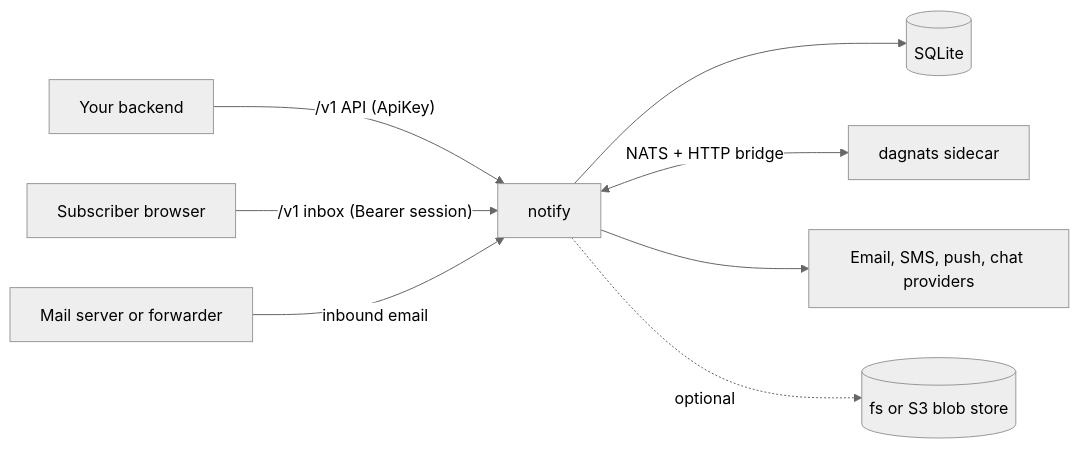
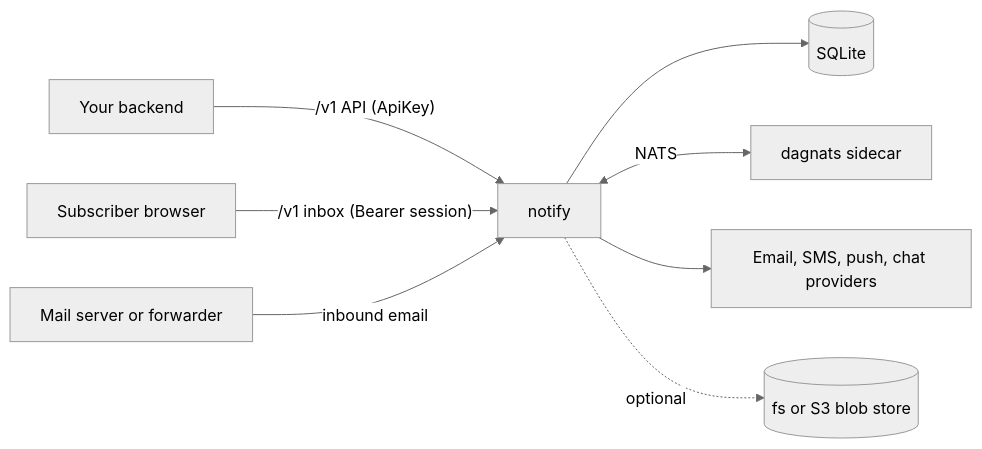
Before and after one commit to danmestas/notify: the diagram in docs/site/content/docs/_index.md, drawn with Mermaid (neutral theme). The commit also changed other lines of this file and 130 other files, not shown here.

````diff
--- a/docs/site/content/docs/_index.md
+++ b/docs/site/content/docs/_index.md
@@ -15,10 +15,10 @@
 ```mermaid
 graph LR
     Client[Your backend] -->|"/v1 API (ApiKey)"| Notify[notify]
     Browser[Subscriber browser] -->|"/v1 inbox (Bearer session)"| Notify
     Notify --> DB[(SQLite)]
-    Notify <-->|NATS + HTTP bridge| Dagnats[dagnats sidecar]
+    Notify <-->|NATS| Dagnats[dagnats sidecar]
     Notify --> Providers[Email, SMS, push, chat providers]
     Notify -.->|optional| Blobs[(fs or S3 blob store)]
     Mail[Mail server or forwarder] -->|inbound email| Notify
 ```
````
